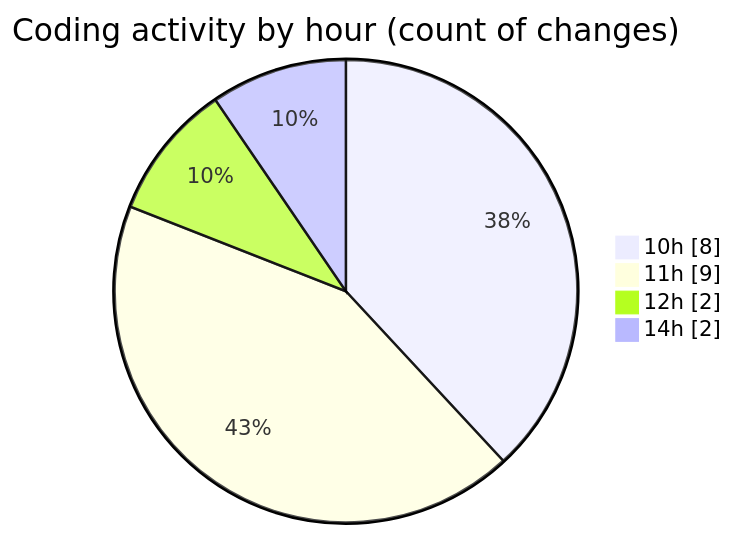
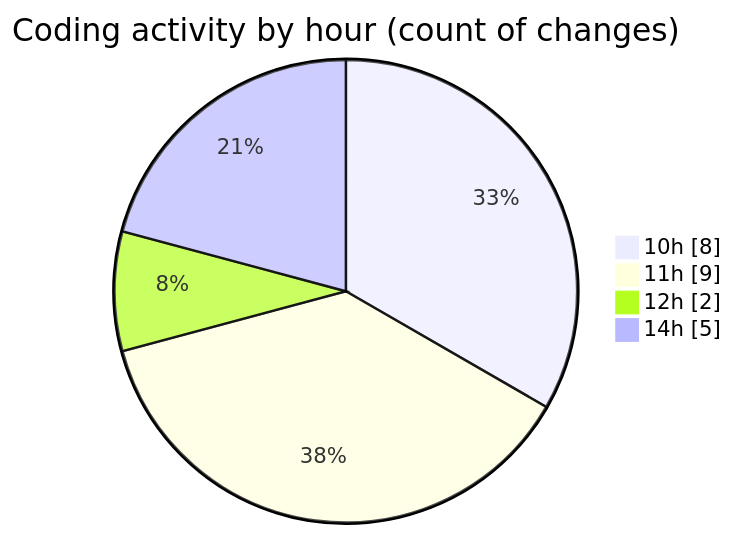
The second of 2 diagrams in 2025-12-30/budget_front_nest/README.md (igalym/code-tracking), drawn with Mermaid before and after one commit. The commit also changed other lines of this file and 1 other file, not shown here.

````diff
--- a/2025-12-30/budget_front_nest/README.md
+++ b/2025-12-30/budget_front_nest/README.md
@@ -43,8 +43,8 @@
 ```mermaid
 pie showData
 title Coding activity by hour (count of changes)
 "10h" : 8
 "11h" : 9
 "12h" : 2
-"14h" : 2
+"14h" : 5
 ```
````
